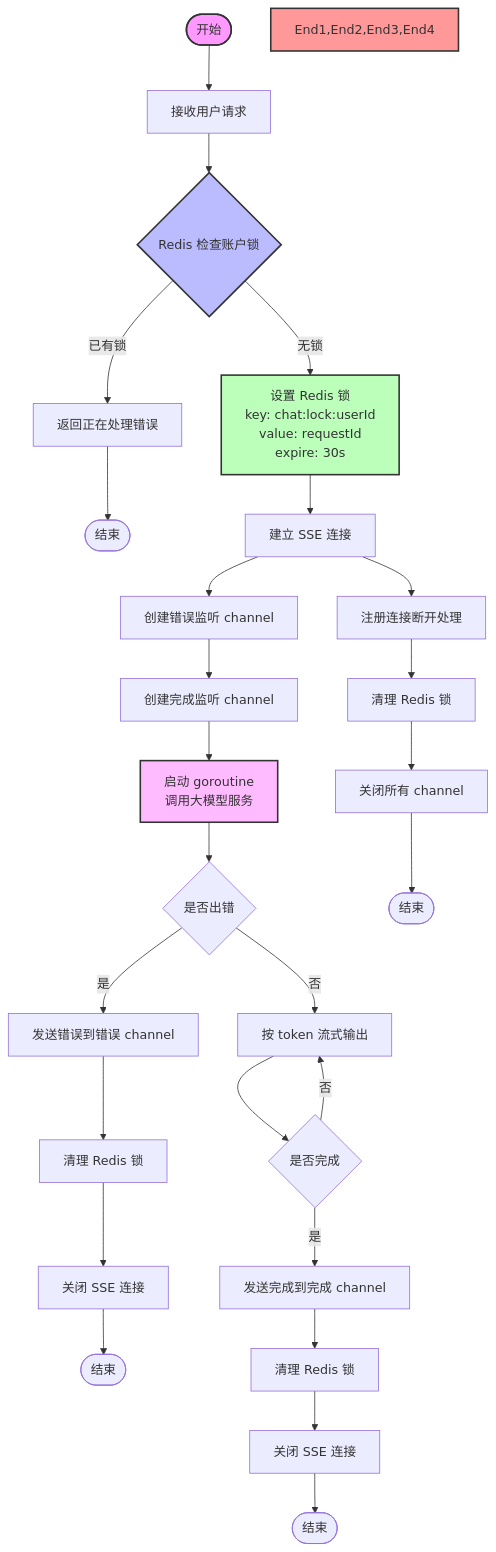
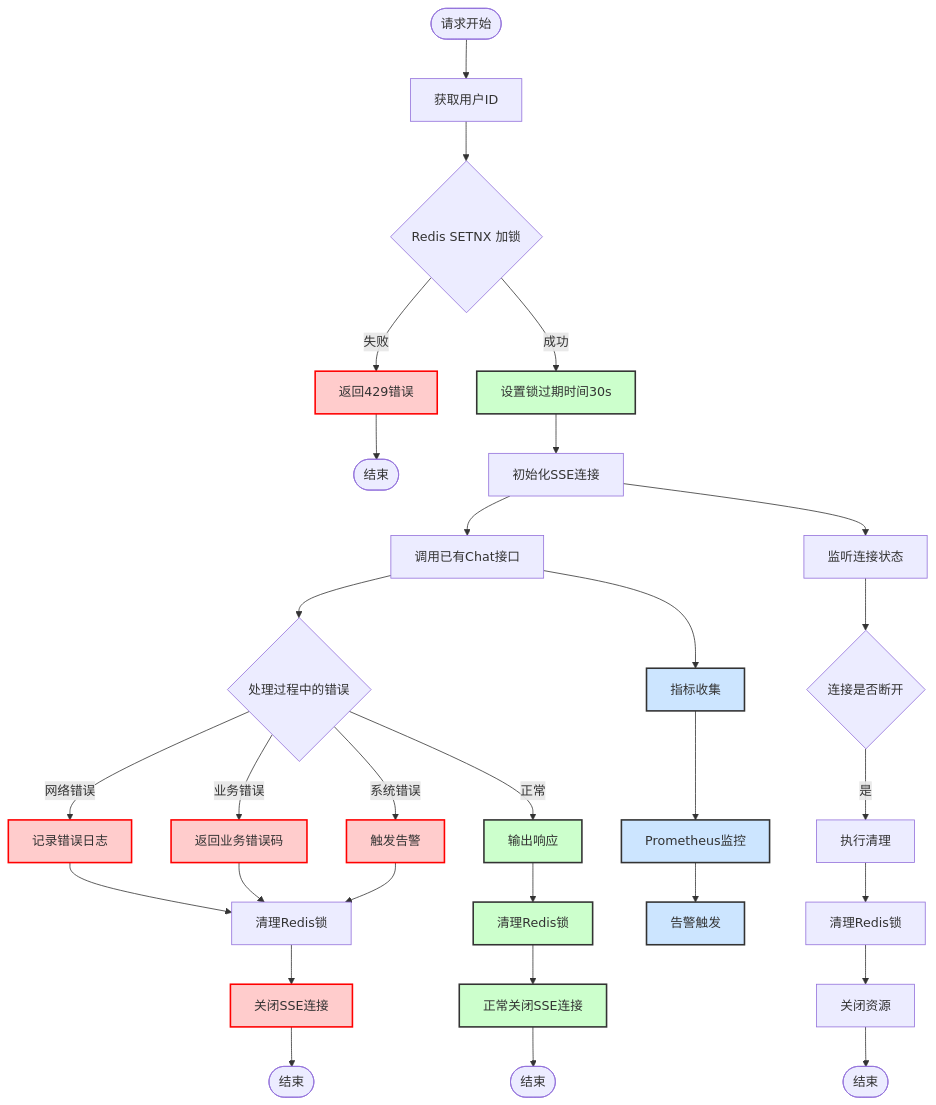
The diagram in all/chat单用户单请求-15.md (yingjianzh/iodraw-files), drawn with Mermaid before and after one commit.

Commit message:
2025-01-02 17:28:08 update

````diff
--- a/all/chat单用户单请求-15.md
+++ b/all/chat单用户单请求-15.md
@@ -1,41 +1,55 @@
 ```mermaid
 flowchart TD
-    Start([开始]) --> A[接收用户请求]
-    A --> B{Redis 检查账户锁}
+    Start([请求开始]) --> A[获取用户ID]
+    A --> B{Redis SETNX 加锁}
     
-    B -->|已有锁| C[返回正在处理错误]
+    %% 加锁失败流程
+    B -->|失败| C[返回429错误]
     C --> End1([结束])
     
-    B -->|无锁| D[设置 Redis 锁<br>key: chat:lock:userId<br>value: requestId<br>expire: 30s]
-    D --> E[建立 SSE 连接]
+    %% 加锁成功流程
+    B -->|成功| D[设置锁过期时间30s]
+    D --> E[初始化SSE连接]
     
-    E --> F[创建错误监听 channel]
-    F --> G[创建完成监听 channel]
-    G --> H[启动 goroutine<br>调用大模型服务]
+    %% 主处理流程
+    E --> F[调用已有Chat接口]
     
-    H --> I{是否出错}
-    I -->|是| J[发送错误到错误 channel]
-    J --> K[清理 Redis 锁]
-    K --> L[关闭 SSE 连接]
-    L --> End2([结束])
+    %% 错误处理分支
+    F --> G{处理过程中的错误}
+    G -->|网络错误| H1[记录错误日志]
+    G -->|业务错误| H2[返回业务错误码]
+    G -->|系统错误| H3[触发告警]
+    H1 --> I[清理Redis锁]
+    H2 --> I
+    H3 --> I
+    I --> J[关闭SSE连接]
+    J --> End2([结束])
     
-    I -->|否| M[按 token 流式输出]
-    M --> N{是否完成}
-    N -->|否| M
-    N -->|是| O[发送完成到完成 channel]
-    O --> P[清理 Redis 锁]
-    P --> Q[关闭 SSE 连接]
-    Q --> End3([结束])
+    %% 正常处理分支
+    G -->|正常| K[输出响应]
+    K --> L[清理Redis锁]
+    L --> M[正常关闭SSE连接]
+    M --> End3([结束])
     
     %% 连接断开处理
-    E --> R[注册连接断开处理]
-    R --> S[清理 Redis 锁]
-    S --> T[关闭所有 channel]
-    T --> End4([结束])
+    E --> N[监听连接状态]
+    N --> O{连接是否断开}
+    O -->|是| P[执行清理]
+    P --> Q[清理Redis锁]
+    Q --> R[关闭资源]
+    R --> End4([结束])
     
-    style Start fill:#f9f,stroke:#333,stroke-width:2px
-    style End1,End2,End3,End4 fill:#f99,stroke:#333,stroke-width:2px
-    style B fill:#bbf,stroke:#333,stroke-width:2px
-    style D fill:#bfb,stroke:#333,stroke-width:2px
-    style H fill:#fbf,stroke:#333,stroke-width:2px
+    %% 系统监控
+    F --> S[指标收集]
+    S --> T[Prometheus监控]
+    T --> U[告警触发]
+    
+    %% 样式
+    classDef error fill:#ffcccc,stroke:#ff0000,stroke-width:2px
+    classDef normal fill:#ccffcc,stroke:#333,stroke-width:2px
+    classDef monitor fill:#cce5ff,stroke:#333,stroke-width:2px
+    
+    class C,H1,H2,H3,J error
+    class D,K,L,M normal
+    class S,T,U monitor
 ```
````
